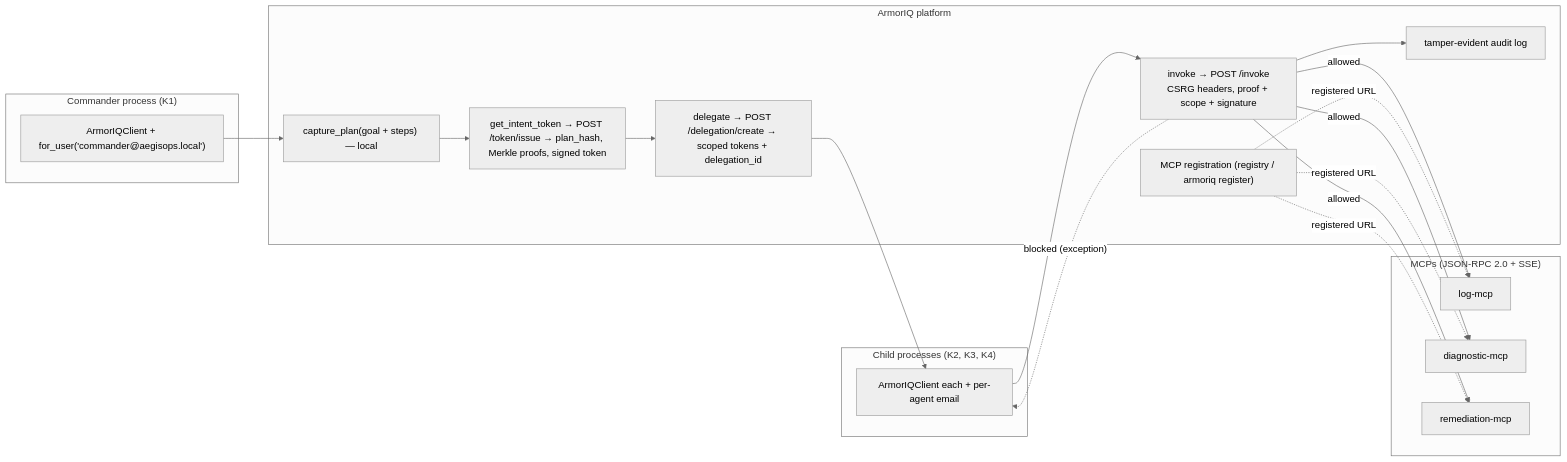
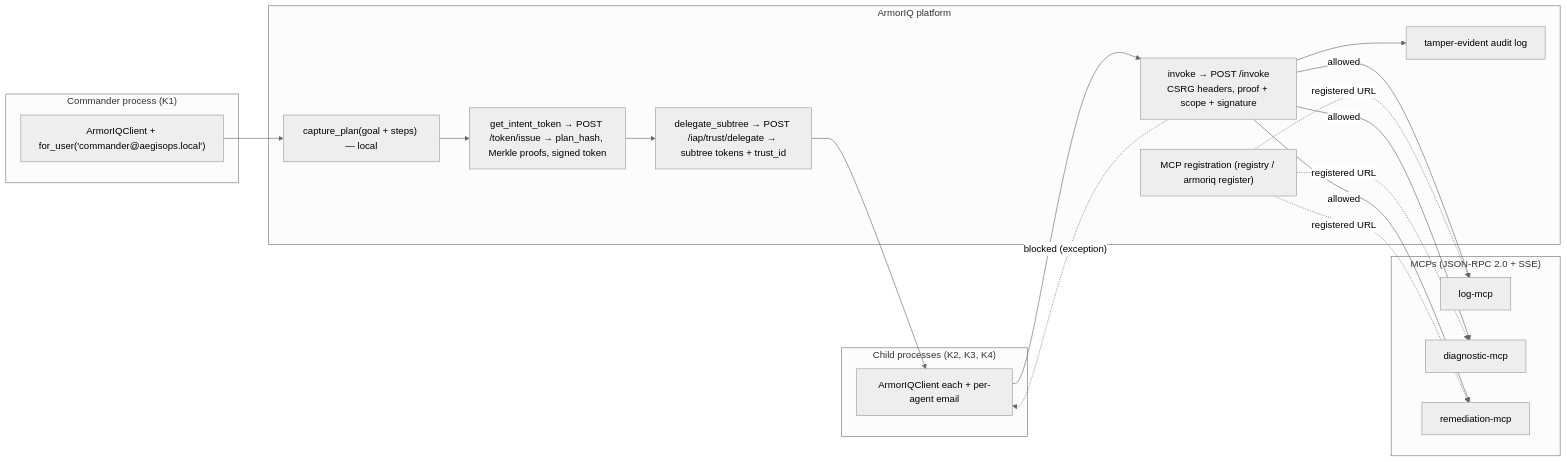
One commit to domainkeeper/AegisOps changed the third of 5 diagrams in ARCHITECTURE.md. Above: the diagram before and after it, drawn with Mermaid (neutral theme). The commit also changed other lines of this file and 10 other files, not shown here.

````diff
--- a/ARCHITECTURE.md
+++ b/ARCHITECTURE.md
@@ -674,34 +760,34 @@
 ```mermaid
 flowchart LR
     subgraph Cmd["Commander process (K1)"]
         CL1["ArmorIQClient + for_user('commander@aegisops.local')"]
     end
     subgraph Cmd2["Child processes (K2, K3, K4)"]
         CL2["ArmorIQClient each + per-agent email"]
     end
     subgraph AP["ArmorIQ platform"]
         REG["MCP registration (registry / armoriq register)"]
         CAP["capture_plan(goal + steps) — local"]
         TOK["get_intent_token → POST /token/issue → plan_hash, Merkle proofs, signed token"]
-        DEL["delegate → POST /delegation/create → scoped tokens + delegation_id"]
+        DEL["delegate_subtree → POST /iap/trust/delegate → subtree tokens + trust_id"]
         CHK["invoke → POST /invoke<br/>CSRG headers, proof + scope + signature"]
         AUD["tamper-evident audit log"]
     end
     subgraph Tools["MCPs (JSON-RPC 2.0 + SSE)"]
         M1["log-mcp"]
         M2["diagnostic-mcp"]
         M3["remediation-mcp"]
     end
 
     CL1 --> CAP --> TOK --> DEL
     DEL --> CL2
     CL2 --> CHK
     CHK --> AUD
     CHK -->|"allowed"| M1
     CHK -->|"allowed"| M2
     CHK -->|"allowed"| M3
     CHK -.->|"blocked (exception)"| CL2
     REG -.->|"registered URL"| M1
     REG -.->|"registered URL"| M2
     REG -.->|"registered URL"| M3
 ```
````
